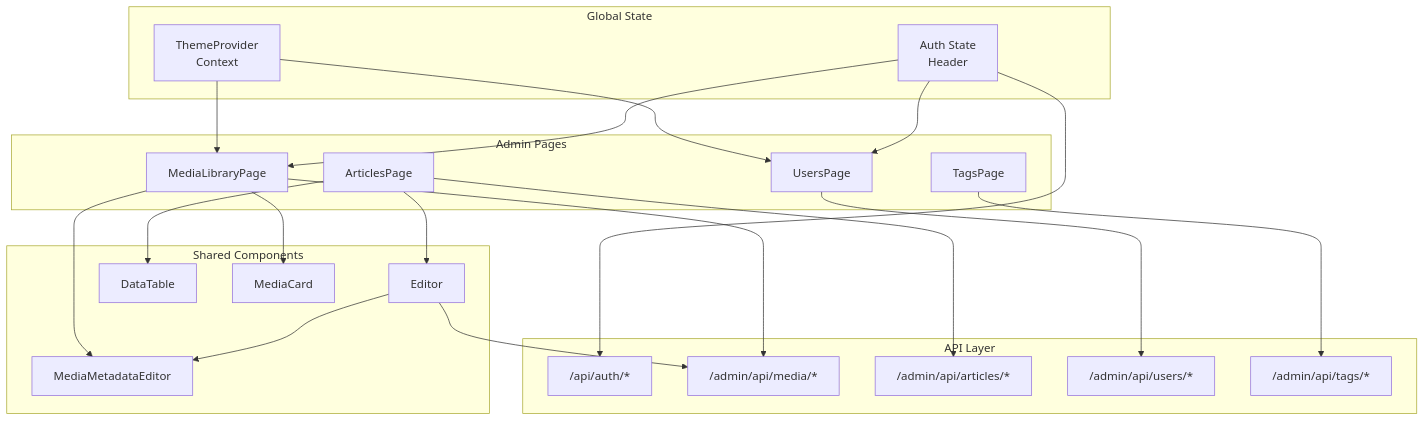
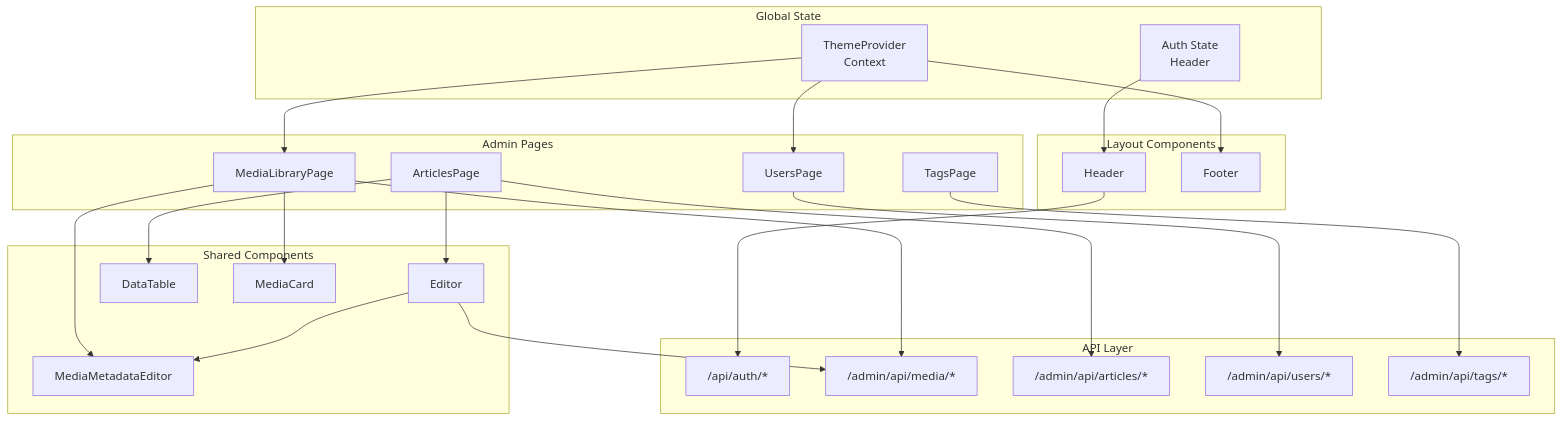
Before and after one commit to paulirv/peabod-web: diagram 13 of 13 in docs/STATE-MACHINES.md, drawn with Mermaid. The commit also changed other lines of this file, not shown here.

Commit message:
docs: update state machines for theme picker move to footer

````diff
--- a/docs/STATE-MACHINES.md
+++ b/docs/STATE-MACHINES.md
@@ -391,50 +410,54 @@
 ```mermaid
 flowchart TB
     subgraph "Global State"
         ThemeProvider[ThemeProvider\nContext]
         AuthState[Auth State\nHeader]
+    end
+
+    subgraph "Layout Components"
+        Header[Header]
+        Footer[Footer]
     end
 
     subgraph "Admin Pages"
         MediaPage[MediaLibraryPage]
         UsersPage[UsersPage]
         ArticlesPage[ArticlesPage]
         TagsPage[TagsPage]
     end
 
     subgraph "Shared Components"
         Editor[Editor]
         MediaMetadataEditor[MediaMetadataEditor]
         DataTable[DataTable]
         MediaCard[MediaCard]
     end
 
     subgraph "API Layer"
         AuthAPI["/api/auth/*"]
         MediaAPI["/admin/api/media/*"]
         ArticlesAPI["/admin/api/articles/*"]
         UsersAPI["/admin/api/users/*"]
         TagsAPI["/admin/api/tags/*"]
     end
 
+    ThemeProvider --> Footer
     ThemeProvider --> MediaPage
     ThemeProvider --> UsersPage
-    AuthState --> MediaPage
-    AuthState --> UsersPage
+    AuthState --> Header
+    Header --> AuthAPI
 
     MediaPage --> MediaCard
     MediaPage --> MediaMetadataEditor
     MediaPage --> MediaAPI
 
     ArticlesPage --> Editor
     ArticlesPage --> DataTable
     ArticlesPage --> ArticlesAPI
 
     Editor --> MediaMetadataEditor
     Editor --> MediaAPI
 
     UsersPage --> UsersAPI
     TagsPage --> TagsAPI
-
-    AuthState --> AuthAPI
 ```
````
